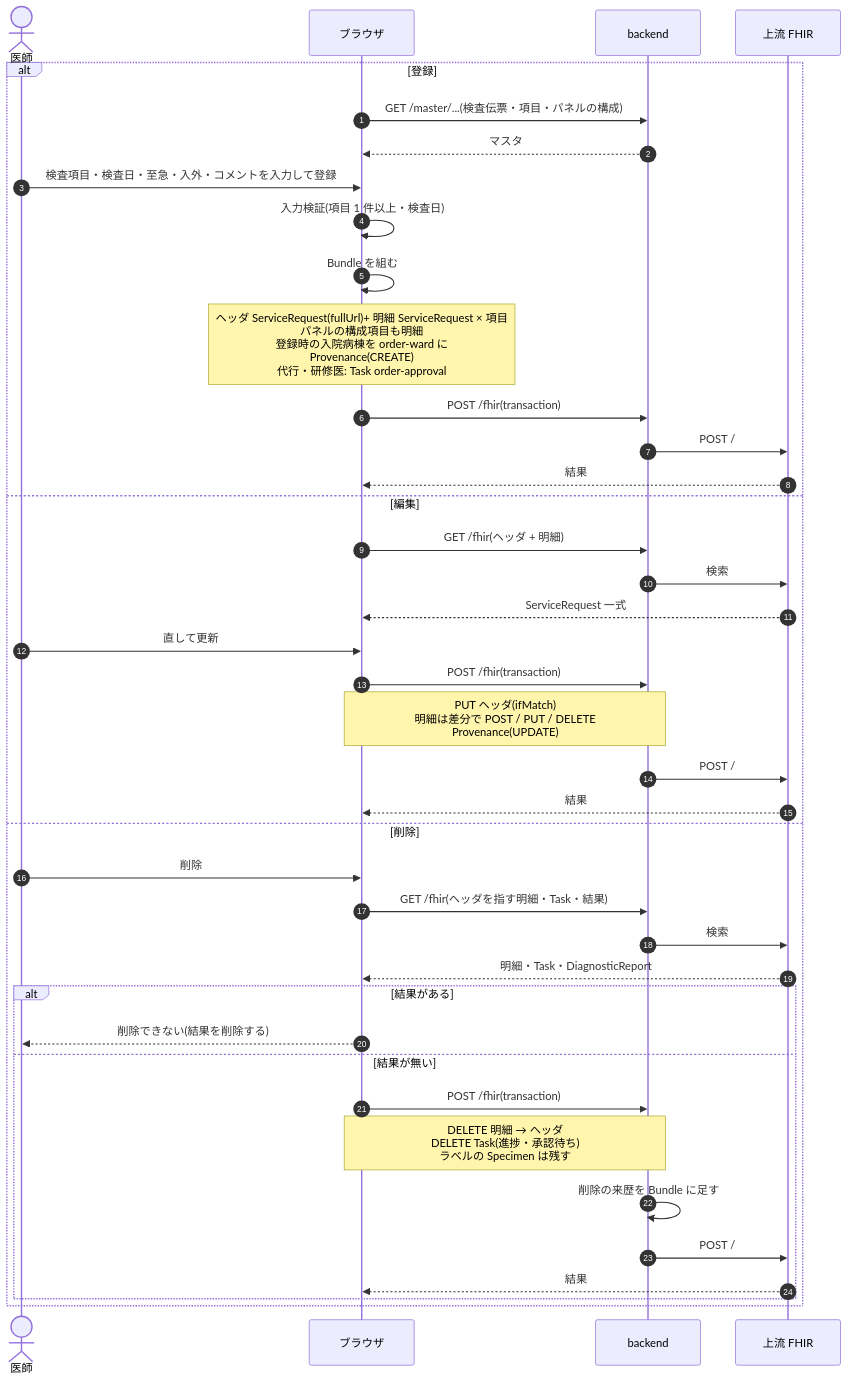
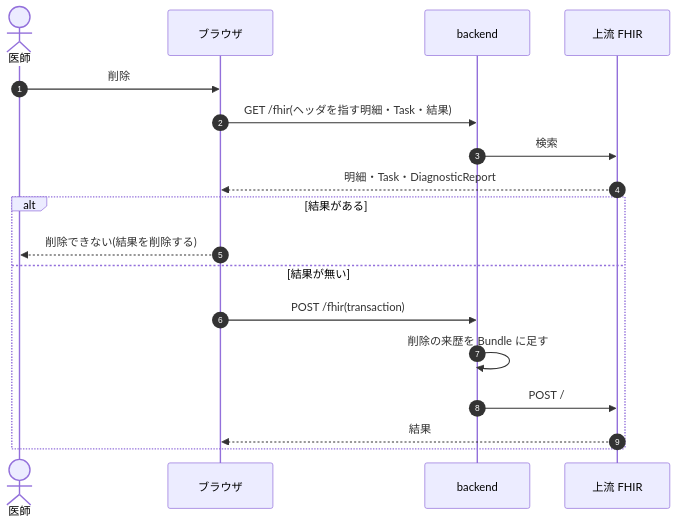
One commit to ysnr-dev/fhir-client-docs changed the third of 14 diagrams in docs/dev/lab.md. Above: the diagram before and after it, drawn with Mermaid. The commit also changed other lines of this file and 43 other files, not shown here.

Commit message:
docs: 業務フローとシーケンス図を写し直し

````diff
--- a/docs/dev/lab.md
+++ b/docs/dev/lab.md
@@ -50,43 +153,21 @@
 ```mermaid
 sequenceDiagram
   autonumber
   actor Dr as 医師
   participant UI as ブラウザ
   participant BE as backend
   participant FHIR as 上流 FHIR
 
-  alt 登録
-    UI->>BE: GET /master/...(検査伝票・項目・パネルの構成)
-    BE-->>UI: マスタ
-    Dr->>UI: 検査項目・検査日・至急・入外・コメントを入力して登録
-    UI->>UI: 入力検証(項目 1 件以上・検査日)
-    UI->>UI: Bundle を組む
-    Note over UI: ヘッダ ServiceRequest(fullUrl)+ 明細 ServiceRequest × 項目<br/>パネルの構成項目も明細<br/>登録時の入院病棟を order-ward に<br/>Provenance(CREATE)<br/>代行・研修医: Task order-approval
+  Dr->>UI: 削除
+  UI->>BE: GET /fhir(ヘッダを指す明細・Task・結果)
+  BE->>FHIR: 検索
+  FHIR-->>UI: 明細・Task・DiagnosticReport
+  alt 結果がある
+    UI-->>Dr: 削除できない(結果を削除する)
+  else 結果が無い
     UI->>BE: POST /fhir(transaction)
+    BE->>BE: 削除の来歴を Bundle に足す
     BE->>FHIR: POST /
     FHIR-->>UI: 結果
-  else 編集
-    UI->>BE: GET /fhir(ヘッダ + 明細)
-    BE->>FHIR: 検索
-    FHIR-->>UI: ServiceRequest 一式
-    Dr->>UI: 直して更新
-    UI->>BE: POST /fhir(transaction)
-    Note over UI,BE: PUT ヘッダ(ifMatch)<br/>明細は差分で POST / PUT / DELETE<br/>Provenance(UPDATE)
-    BE->>FHIR: POST /
-    FHIR-->>UI: 結果
-  else 削除
-    Dr->>UI: 削除
-    UI->>BE: GET /fhir(ヘッダを指す明細・Task・結果)
-    BE->>FHIR: 検索
-    FHIR-->>UI: 明細・Task・DiagnosticReport
-    alt 結果がある
-      UI-->>Dr: 削除できない(結果を削除する)
-    else 結果が無い
-      UI->>BE: POST /fhir(transaction)
-      Note over UI,BE: DELETE 明細 → ヘッダ<br/>DELETE Task(進捗・承認待ち)<br/>ラベルの Specimen は残す
-      BE->>BE: 削除の来歴を Bundle に足す
-      BE->>FHIR: POST /
-      FHIR-->>UI: 結果
-    end
   end
 ```
````
